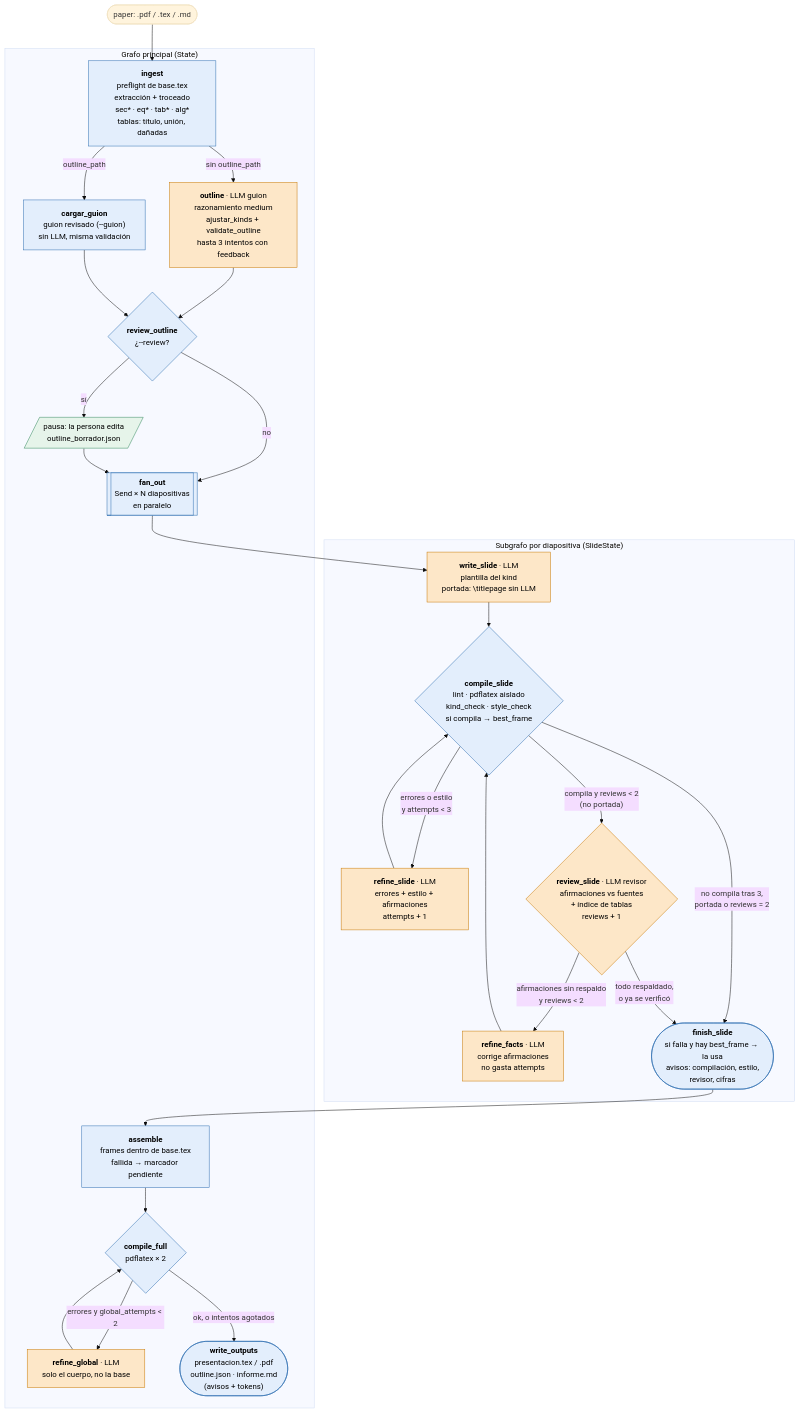
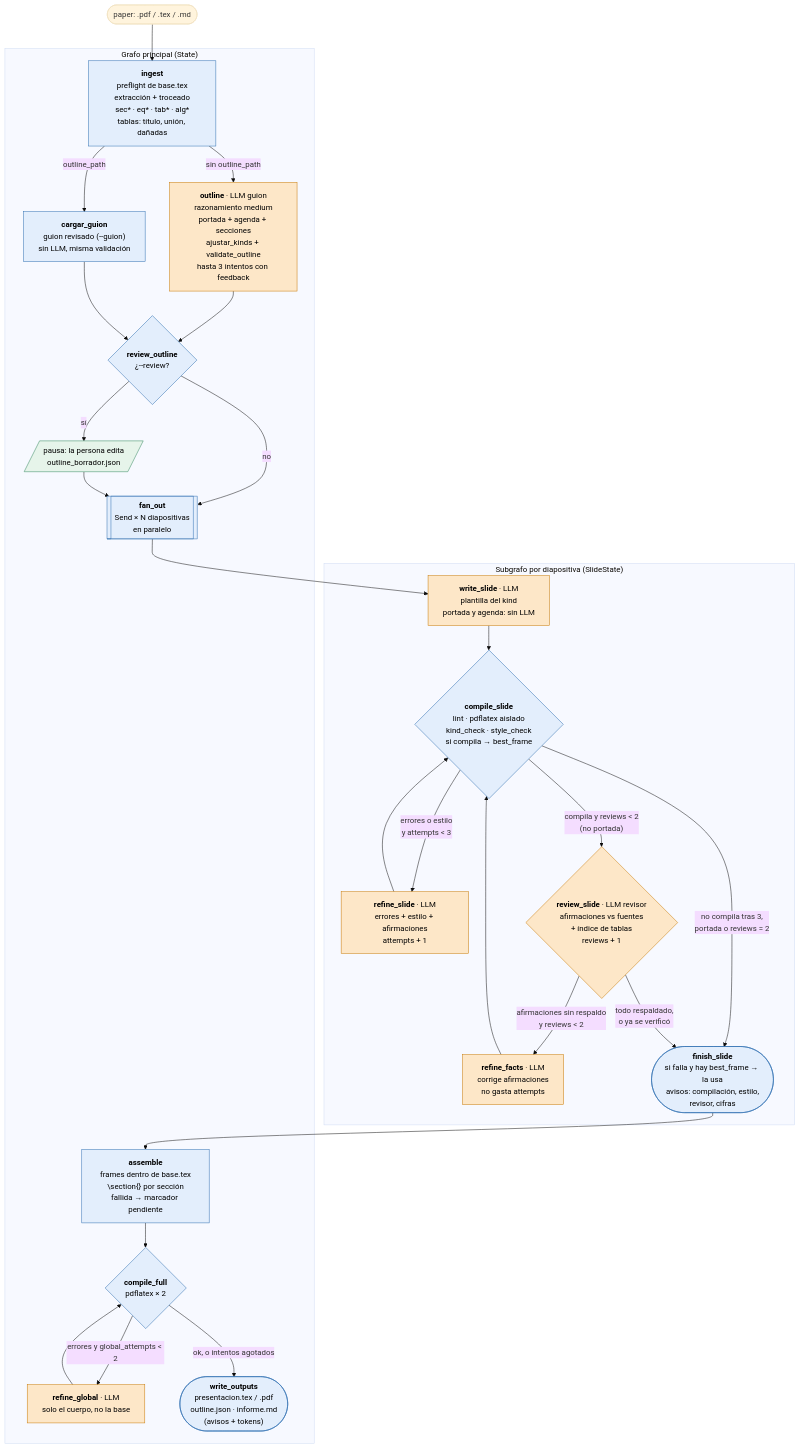
Before and after one commit to rilianx/GeneraDiapos: the second of 2 diagrams in README.md, drawn with Mermaid (base theme). The commit also changed other lines of this file and 3 other files, not shown here.

First line of the commit message:
Portada, agenda y secciones garantizadas en la presentación

````diff
--- a/README.md
+++ b/README.md
@@ -30,54 +30,54 @@
 ```mermaid
 flowchart TD
     start([paper: .pdf / .tex / .md]) --> ingest
 
     subgraph PRINCIPAL["Grafo principal (State)"]
         ingest["<b>ingest</b><br/>preflight de base.tex<br/>extracción + troceado<br/>sec* · eq* · tab* · alg*<br/>tablas: título, unión, dañadas"]
-        outline["<b>outline</b> · LLM guion<br/>razonamiento medium<br/>ajustar_kinds + validate_outline<br/>hasta 3 intentos con feedback"]
+        outline["<b>outline</b> · LLM guion<br/>razonamiento medium<br/>portada + agenda + secciones<br/>ajustar_kinds + validate_outline<br/>hasta 3 intentos con feedback"]
         cargar["<b>cargar_guion</b><br/>guion revisado (--guion)<br/>sin LLM, misma validación"]
         review_outline{"<b>review_outline</b><br/>¿--review?"}
         pausa[/"pausa: la persona edita<br/>outline_borrador.json"/]
         fan_out[["<b>fan_out</b><br/>Send × N diapositivas<br/>en paralelo"]]
-        assemble["<b>assemble</b><br/>frames dentro de base.tex<br/>fallida → marcador pendiente"]
+        assemble["<b>assemble</b><br/>frames dentro de base.tex<br/>\section{} por sección<br/>fallida → marcador pendiente"]
         compile_full{"<b>compile_full</b><br/>pdflatex × 2"}
         refine_global["<b>refine_global</b> · LLM<br/>solo el cuerpo, no la base"]
         write_outputs(["<b>write_outputs</b><br/>presentacion.tex / .pdf<br/>outline.json · informe.md<br/>(avisos + tokens)"])
 
         ingest -->|"sin outline_path"| outline
         ingest -->|"outline_path"| cargar
         outline --> review_outline
         cargar --> review_outline
         review_outline -->|no| fan_out
         review_outline -->|sí| pausa --> fan_out
         assemble --> compile_full
         compile_full -->|"errores y global_attempts < 2"| refine_global --> compile_full
         compile_full -->|"ok, o intentos agotados"| write_outputs
     end
 
     fan_out --> write_slide
 
     subgraph SLIDE["Subgrafo por diapositiva (SlideState)"]
-        write_slide["<b>write_slide</b> · LLM<br/>plantilla del kind<br/>portada: \titlepage sin LLM"]
+        write_slide["<b>write_slide</b> · LLM<br/>plantilla del kind<br/>portada y agenda: sin LLM"]
         compile_slide{"<b>compile_slide</b><br/>lint · pdflatex aislado<br/>kind_check · style_check<br/>si compila → best_frame"}
         refine_slide["<b>refine_slide</b> · LLM<br/>errores + estilo + afirmaciones<br/>attempts + 1"]
         review_slide{"<b>review_slide</b> · LLM revisor<br/>afirmaciones vs fuentes<br/>+ índice de tablas<br/>reviews + 1"}
         refine_facts["<b>refine_facts</b> · LLM<br/>corrige afirmaciones<br/>no gasta attempts"]
         finish_slide(["<b>finish_slide</b><br/>si falla y hay best_frame → la usa<br/>avisos: compilación, estilo,<br/>revisor, cifras"])
 
         write_slide --> compile_slide
         compile_slide -->|"errores o estilo<br/>y attempts < 3"| refine_slide --> compile_slide
         compile_slide -->|"compila y reviews < 2<br/>(no portada)"| review_slide
         compile_slide -->|"no compila tras 3,<br/>portada o reviews = 2"| finish_slide
         review_slide -->|"afirmaciones sin respaldo<br/>y reviews < 2"| refine_facts --> compile_slide
         review_slide -->|"todo respaldado,<br/>o ya se verificó"| finish_slide
     end
 
     finish_slide --> assemble
 
     classDef llm fill:#fde7c8,stroke:#c77700,color:#000
     classDef code fill:#e3eefc,stroke:#2b6cb0,color:#000
     classDef human fill:#e6f4ea,stroke:#2f855a,color:#000
     class outline,refine_global,write_slide,refine_slide,review_slide,refine_facts llm
     class ingest,cargar,fan_out,assemble,compile_full,compile_slide,finish_slide,write_outputs,review_outline code
     class pausa human
 ```
````
